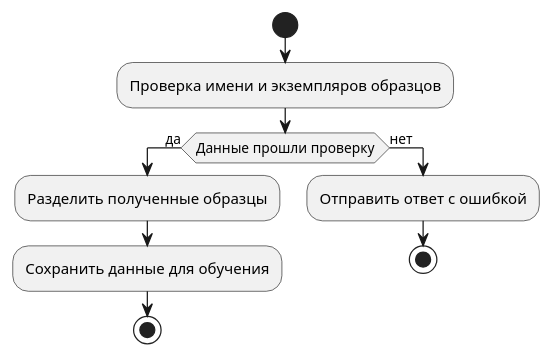
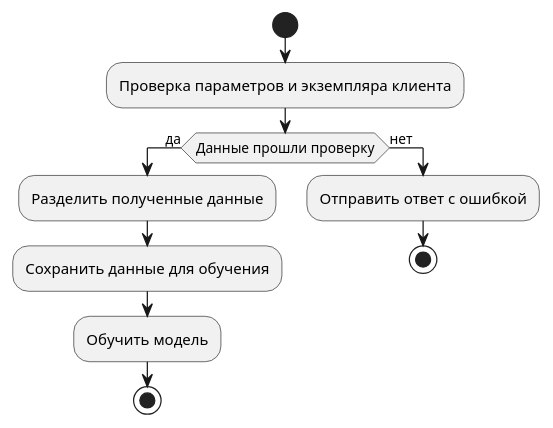
Before and after one commit to heazzed/oop-in-web: the diagram in checkpoints/1/process.puml, drawn with PlantUML. The commit also changed 12 other files, not shown here.

```diff
--- a/checkpoints/1/process.puml
+++ b/checkpoints/1/process.puml
@@ -1,17 +1,18 @@
 @startuml
 'process-view'
 
 start
 
-:Проверка имени и экземпляров образцов;
+:Проверка параметров и экземпляра клиента;
 
 if (Данные прошли проверку) then (да)
-    :Разделить полученные образцы;
+    :Разделить полученные данные;
     :Сохранить данные для обучения;
+    :Обучить модель;
     stop
 else (нет)
     :Отправить ответ с ошибкой;
     stop
 endif
 
 @enduml
```
